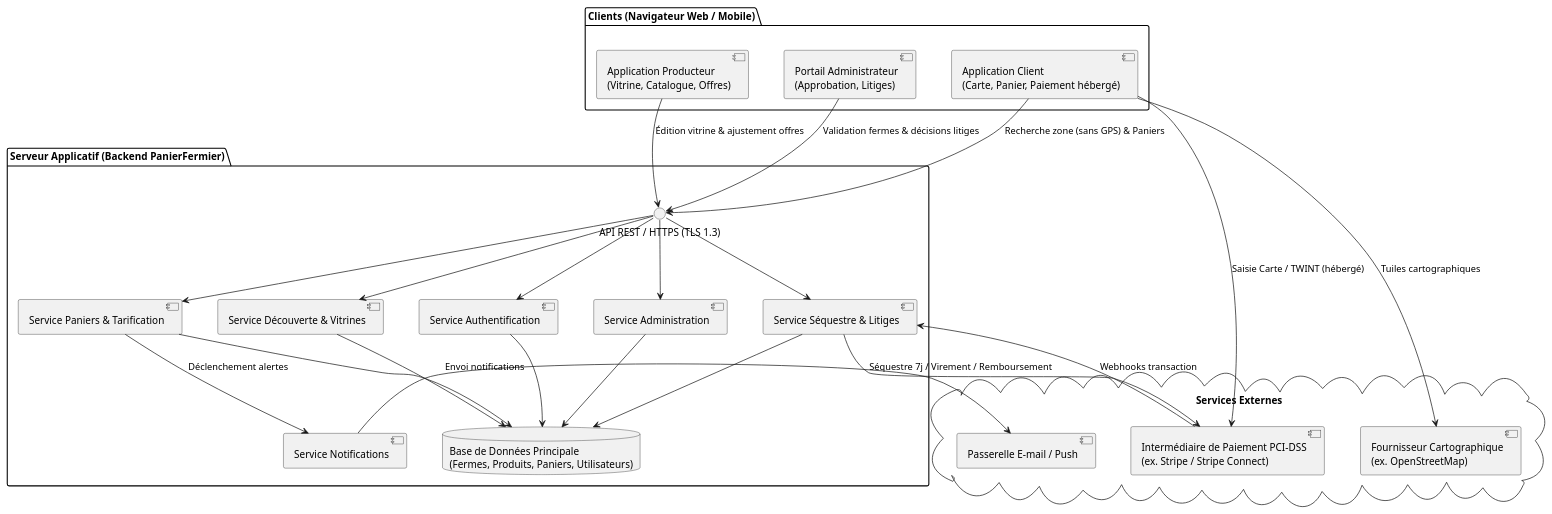
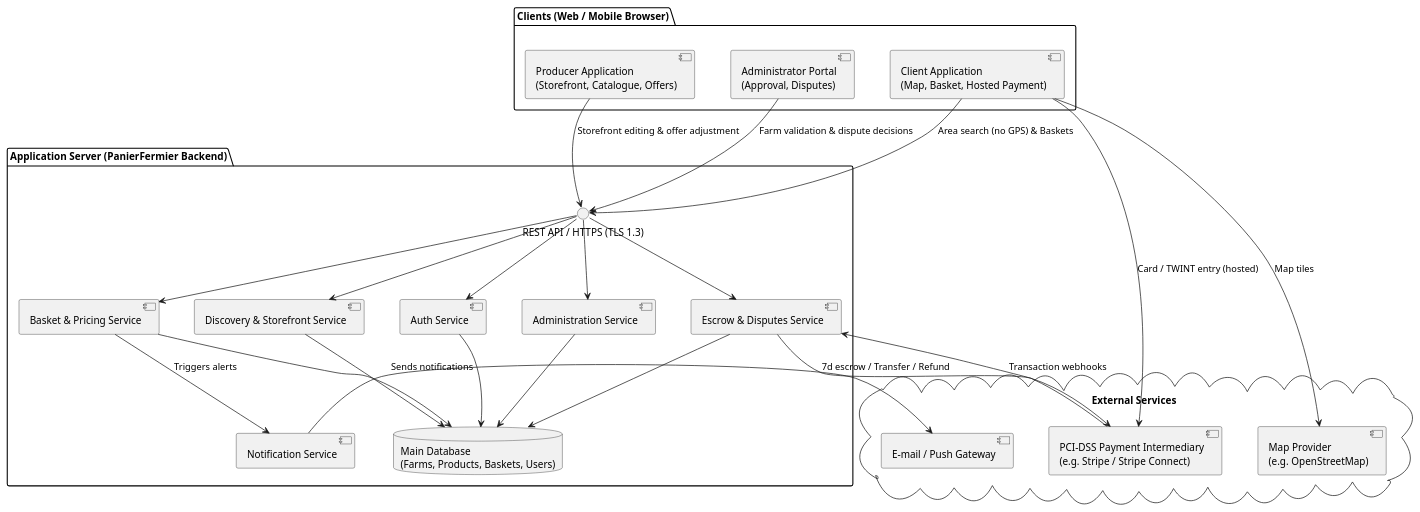
The sixth of 6 diagrams in REQUIREMENTS.md (Uhrbaan/reis-panier-fermier), drawn with PlantUML before and after one commit. The commit also changed other lines of this file and 14 other files, not shown here.

````diff
--- a/REQUIREMENTS.md
+++ b/REQUIREMENTS.md
@@ -636,59 +636,59 @@
 ```plantuml
 @startuml assets/diagrams/architecture
 skinparam componentStyle uml2
 skinparam shadowing false
 skinparam ranksep 70
 skinparam nodesep 50
 
-package "Clients (Navigateur Web / Mobile)" {
-    component "Application Client\n(Carte, Panier, Paiement hébergé)" as ClientApp
-    component "Application Producteur\n(Vitrine, Catalogue, Offres)" as FarmerApp
-    component "Portail Administrateur\n(Approbation, Litiges)" as AdminApp
+package "Clients (Web / Mobile Browser)" {
+    component "Client Application\n(Map, Basket, Hosted Payment)" as ClientApp
+    component "Producer Application\n(Storefront, Catalogue, Offers)" as FarmerApp
+    component "Administrator Portal\n(Approval, Disputes)" as AdminApp
 }
 
-package "Serveur Applicatif (Backend PanierFermier)" {
-    interface "API REST / HTTPS (TLS 1.3)" as API
+package "Application Server (PanierFermier Backend)" {
+    interface "REST API / HTTPS (TLS 1.3)" as API
 
-    component [Service Authentification] as AuthSvc
-    component [Service Découverte & Vitrines] as DiscoverySvc
-    component [Service Paniers & Tarification] as OrderSvc
-    component [Service Séquestre & Litiges] as EscrowSvc
-    component [Service Administration] as AdminSvc
-    component [Service Notifications] as NotifSvc
+    component [Auth Service] as AuthSvc
+    component [Discovery & Storefront Service] as DiscoverySvc
+    component [Basket & Pricing Service] as OrderSvc
+    component [Escrow & Disputes Service] as EscrowSvc
+    component [Administration Service] as AdminSvc
+    component [Notification Service] as NotifSvc
 
-    database "Base de Données Principale\n(Fermes, Produits, Paniers, Utilisateurs)" as DB
+    database "Main Database\n(Farms, Products, Baskets, Users)" as DB
 }
 
-cloud "Services Externes" {
-    component "Intermédiaire de Paiement PCI-DSS\n(ex. Stripe / Stripe Connect)" as Stripe
-    component "Fournisseur Cartographique\n(ex. OpenStreetMap)" as MapAPI
-    component "Passerelle E-mail / Push" as MsgAPI
+cloud "External Services" {
+    component "PCI-DSS Payment Intermediary\n(e.g. Stripe / Stripe Connect)" as Stripe
+    component "Map Provider\n(e.g. OpenStreetMap)" as MapAPI
+    component "E-mail / Push Gateway" as MsgAPI
 }
 
-' Connexions Clients -> Backend & Externes
-ClientApp --> MapAPI : Tuiles cartographiques
-ClientApp --> API : Recherche zone (sans GPS) & Paniers
-ClientApp --> Stripe : Saisie Carte / TWINT (hébergé)
+' Client connections -> Backend & External
+ClientApp --> MapAPI : Map tiles
+ClientApp --> API : Area search (no GPS) & Baskets
+ClientApp --> Stripe : Card / TWINT entry (hosted)
 
-FarmerApp --> API : Édition vitrine & ajustement offres
-AdminApp --> API : Validation fermes & décisions litiges
+FarmerApp --> API : Storefront editing & offer adjustment
+AdminApp --> API : Farm validation & dispute decisions
 
-' Connexions internes Backend
+' Internal backend connections
 API --> AuthSvc
 API --> DiscoverySvc
 API --> OrderSvc
 API --> EscrowSvc
 API --> AdminSvc
 
 AuthSvc --> DB
 DiscoverySvc --> DB
 OrderSvc --> DB
 EscrowSvc --> DB
 AdminSvc --> DB
 
-OrderSvc --> NotifSvc : Déclenchement alertes
-EscrowSvc --> Stripe : Séquestre 7j / Virement / Remboursement
-Stripe --> EscrowSvc : Webhooks transaction
-NotifSvc --> MsgAPI : Envoi notifications
+OrderSvc --> NotifSvc : Triggers alerts
+EscrowSvc --> Stripe : 7d escrow / Transfer / Refund
+Stripe --> EscrowSvc : Transaction webhooks
+NotifSvc --> MsgAPI : Sends notifications
 @enduml
 ```
````
